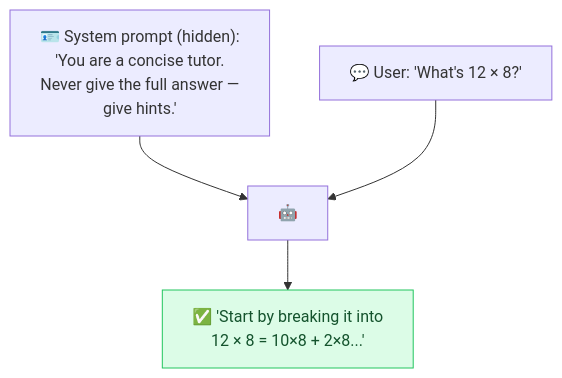
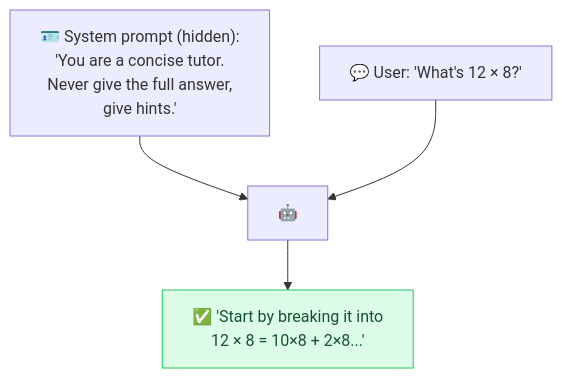
Before and after one commit to behnia137/prompt-engineering-visual: the diagram in techniques/system-prompt.md, drawn with Mermaid. The commit also changed other lines of this file and 26 other files, not shown here.

````diff
--- a/techniques/system-prompt.md
+++ b/techniques/system-prompt.md
@@ -7,9 +7,9 @@
 ```mermaid
 flowchart TB
-    S["🪪 System prompt (hidden):<br/>'You are a concise tutor.<br/>Never give the full answer —<br/>give hints.'"]
+    S["🪪 System prompt (hidden):<br/>'You are a concise tutor.<br/>Never give the full answer,<br/>give hints.'"]
     U["💬 User: 'What's 12 × 8?'"]
     S --> AI[🤖]
     U --> AI
     AI --> R["✅ 'Start by breaking it into<br/>12 × 8 = 10×8 + 2×8...'"]
     style R fill:#dcfce7,stroke:#22c55e,color:#14532d
 ```
````
